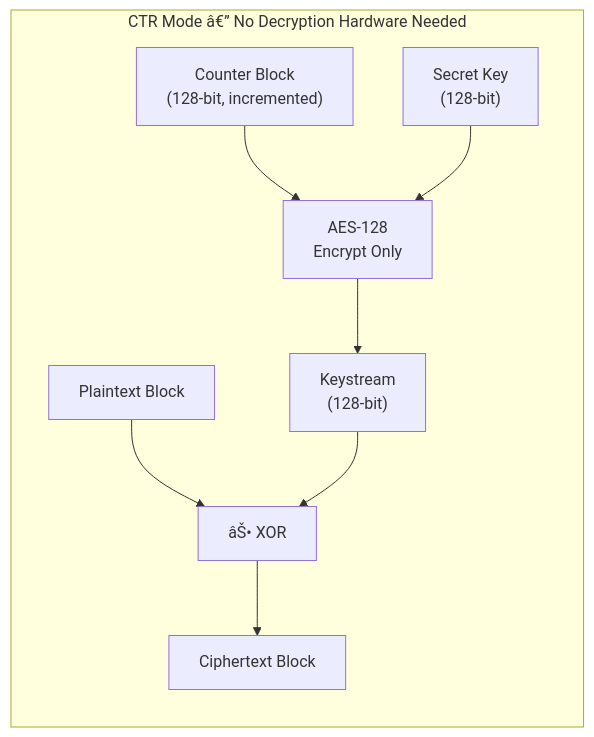
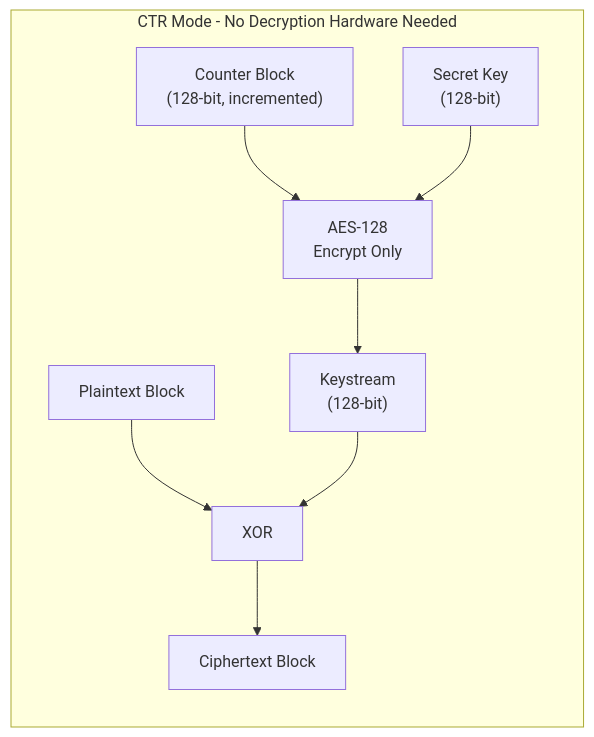
The fourth of 4 diagrams in README.md (TanmayRawal/AES128-hardware-accelerator), drawn with Mermaid before and after one commit. The commit also changed other lines of this file, not shown here.

````diff
--- a/README.md
+++ b/README.md
@@ -207,11 +208,11 @@
 ```mermaid
 flowchart LR
-    subgraph "CTR Mode â€” No Decryption Hardware Needed"
+    subgraph "CTR Mode - No Decryption Hardware Needed"
         CTR["Counter Block<br/>(128-bit, incremented)"] --> AES["AES-128<br/>Encrypt Only"]
         KEY["Secret Key<br/>(128-bit)"] --> AES
         AES --> KS["Keystream<br/>(128-bit)"]
-        PT["Plaintext Block"] --> XOR["âŠ• XOR"]
+        PT["Plaintext Block"] --> XOR["XOR"]
         KS --> XOR
         XOR --> CT["Ciphertext Block"]
     end
 ```
````
